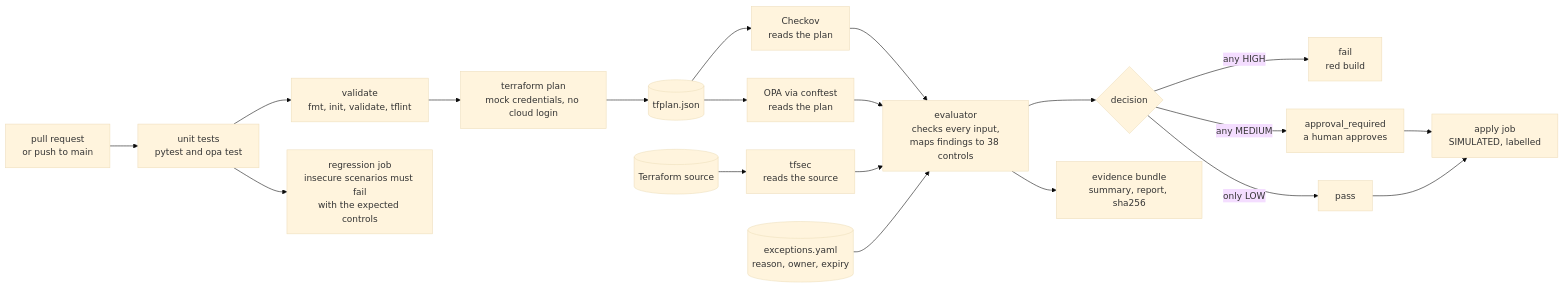
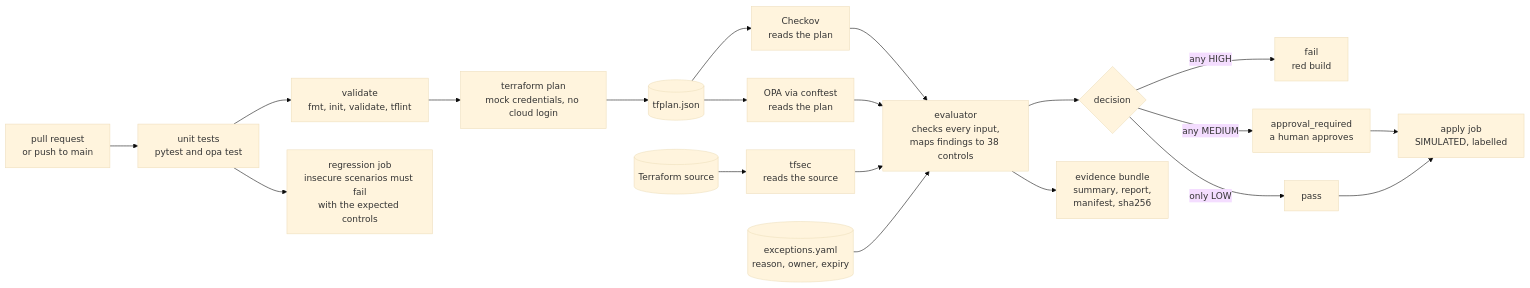
One commit to Ayush-cloud06/Ayka-Secure-Technologies-GmbH changed the diagram in README.md. Above: the diagram before and after it, drawn with Mermaid (base theme). The commit also changed other lines of this file and 1 other file, not shown here.

````diff
--- a/README.md
+++ b/README.md
@@ -13,22 +31,22 @@
 ```mermaid
 flowchart LR
     PR["pull request<br/>or push to main"] --> UT["unit tests<br/>pytest and opa test"]
     UT --> V["validate<br/>fmt, init, validate, tflint"]
     UT --> RG["regression job<br/>insecure scenarios must fail<br/>with the expected controls"]
     V --> P["terraform plan<br/>mock credentials, no cloud login"]
     P --> J[("tfplan.json")]
     J --> CK["Checkov<br/>reads the plan"]
     J --> OP["OPA via conftest<br/>reads the plan"]
     SRC[("Terraform source")] --> TS["tfsec<br/>reads the source"]
     CK --> E["evaluator<br/>checks every input,<br/>maps findings to 38 controls"]
     OP --> E
     TS --> E
     X[("exceptions.yaml<br/>reason, owner, expiry")] --> E
     E --> D{"decision"}
     D -->|"any HIGH"| F["fail<br/>red build"]
     D -->|"any MEDIUM"| A["approval_required<br/>a human approves"]
     D -->|"only LOW"| OK["pass"]
     A --> AP["apply job<br/>SIMULATED, labelled"]
     OK --> AP
-    E --> EV["evidence bundle<br/>summary, report, sha256"]
+    E --> EV["evidence bundle<br/>summary, report,<br/>manifest, sha256"]
 ```
````
